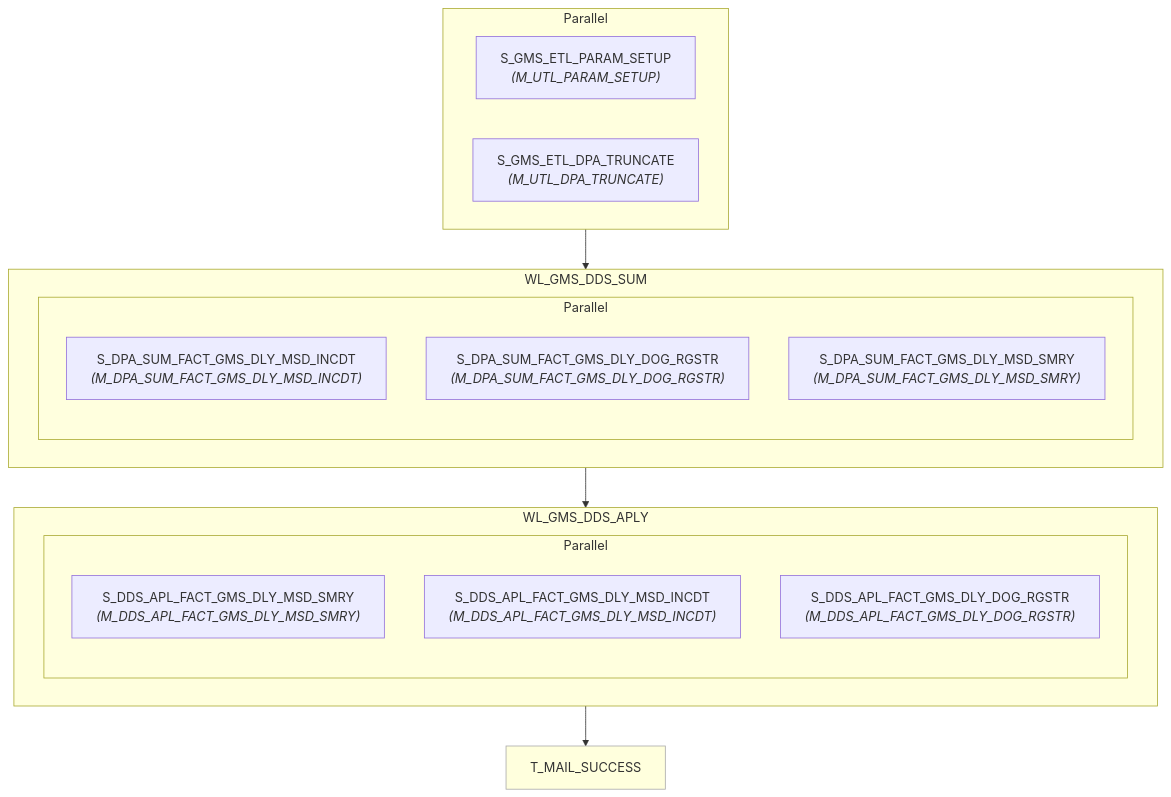
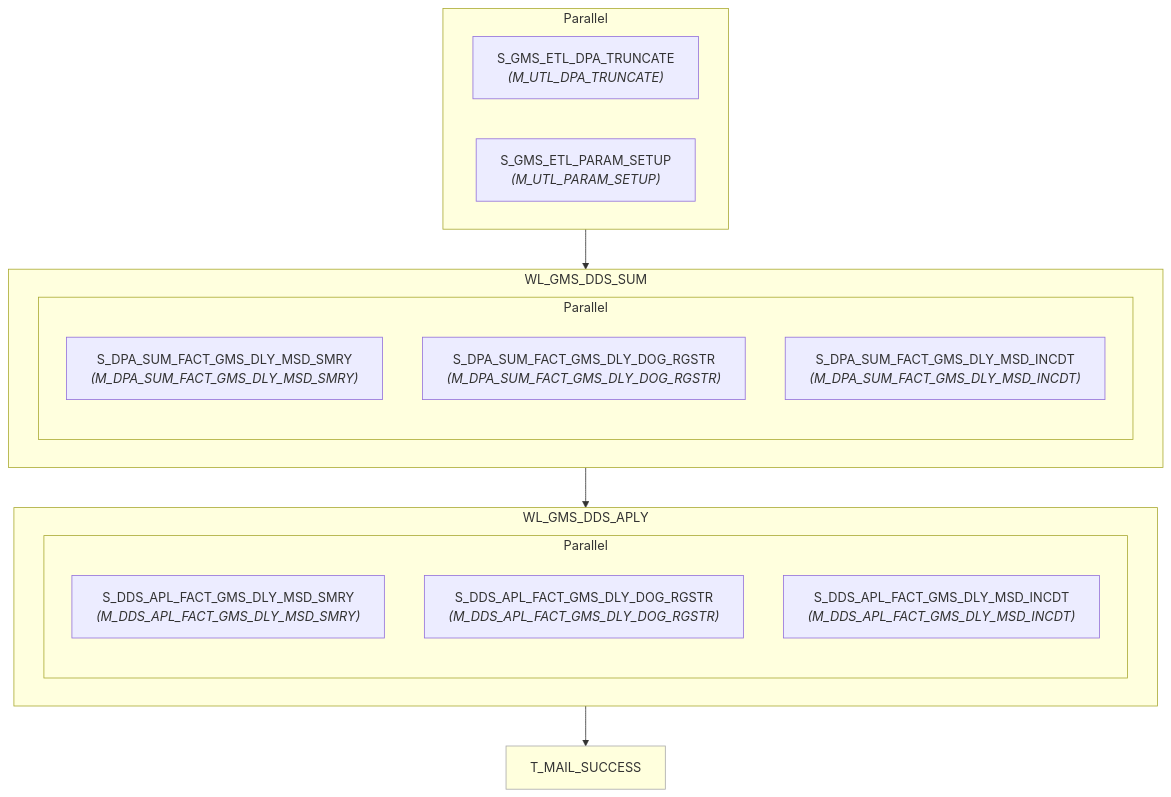
One commit to asl-adamxu/informatica-sparker-poc changed the diagram in informatica/PySpark_workflows/dds/WF_GMS_DDS_APLY_DLY/wf_gms_dds_aply_dly.md. Above: the diagram before and after it, drawn with Mermaid. The commit also changed 1200 other files, not shown here.

````diff
--- a/informatica/PySpark_workflows/dds/WF_GMS_DDS_APLY_DLY/wf_gms_dds_aply_dly.md
+++ b/informatica/PySpark_workflows/dds/WF_GMS_DDS_APLY_DLY/wf_gms_dds_aply_dly.md
@@ -7,34 +7,34 @@
 ```mermaid
 flowchart TD
-    n1["S_GMS_ETL_PARAM_SETUP<br/><i>(M_UTL_PARAM_SETUP)</i>"]
-    n2["S_GMS_ETL_DPA_TRUNCATE<br/><i>(M_UTL_DPA_TRUNCATE)</i>"]
+    n1["S_GMS_ETL_DPA_TRUNCATE<br/><i>(M_UTL_DPA_TRUNCATE)</i>"]
+    n2["S_GMS_ETL_PARAM_SETUP<br/><i>(M_UTL_PARAM_SETUP)</i>"]
     subgraph pg3[Parallel]
         n1
         n2
     end
     subgraph wkl4["WL_GMS_DDS_SUM"]
-    n5["S_DPA_SUM_FACT_GMS_DLY_MSD_INCDT<br/><i>(M_DPA_SUM_FACT_GMS_DLY_MSD_INCDT)</i>"]
+    n5["S_DPA_SUM_FACT_GMS_DLY_MSD_SMRY<br/><i>(M_DPA_SUM_FACT_GMS_DLY_MSD_SMRY)</i>"]
     n6["S_DPA_SUM_FACT_GMS_DLY_DOG_RGSTR<br/><i>(M_DPA_SUM_FACT_GMS_DLY_DOG_RGSTR)</i>"]
-    n7["S_DPA_SUM_FACT_GMS_DLY_MSD_SMRY<br/><i>(M_DPA_SUM_FACT_GMS_DLY_MSD_SMRY)</i>"]
+    n7["S_DPA_SUM_FACT_GMS_DLY_MSD_INCDT<br/><i>(M_DPA_SUM_FACT_GMS_DLY_MSD_INCDT)</i>"]
     subgraph pg8[Parallel]
         n5
         n6
         n7
     end
     end
     subgraph wkl9["WL_GMS_DDS_APLY"]
     n10["S_DDS_APL_FACT_GMS_DLY_MSD_SMRY<br/><i>(M_DDS_APL_FACT_GMS_DLY_MSD_SMRY)</i>"]
-    n11["S_DDS_APL_FACT_GMS_DLY_MSD_INCDT<br/><i>(M_DDS_APL_FACT_GMS_DLY_MSD_INCDT)</i>"]
-    n12["S_DDS_APL_FACT_GMS_DLY_DOG_RGSTR<br/><i>(M_DDS_APL_FACT_GMS_DLY_DOG_RGSTR)</i>"]
+    n11["S_DDS_APL_FACT_GMS_DLY_DOG_RGSTR<br/><i>(M_DDS_APL_FACT_GMS_DLY_DOG_RGSTR)</i>"]
+    n12["S_DDS_APL_FACT_GMS_DLY_MSD_INCDT<br/><i>(M_DDS_APL_FACT_GMS_DLY_MSD_INCDT)</i>"]
     subgraph pg13[Parallel]
         n10
         n11
         n12
     end
     end
     n14["T_MAIL_SUCCESS"]
     style n14 fill:#ffd,stroke:#aaa,stroke-width:1px
     pg3 --> wkl4
     wkl4 --> wkl9
     wkl9 --> n14
 ```
````
